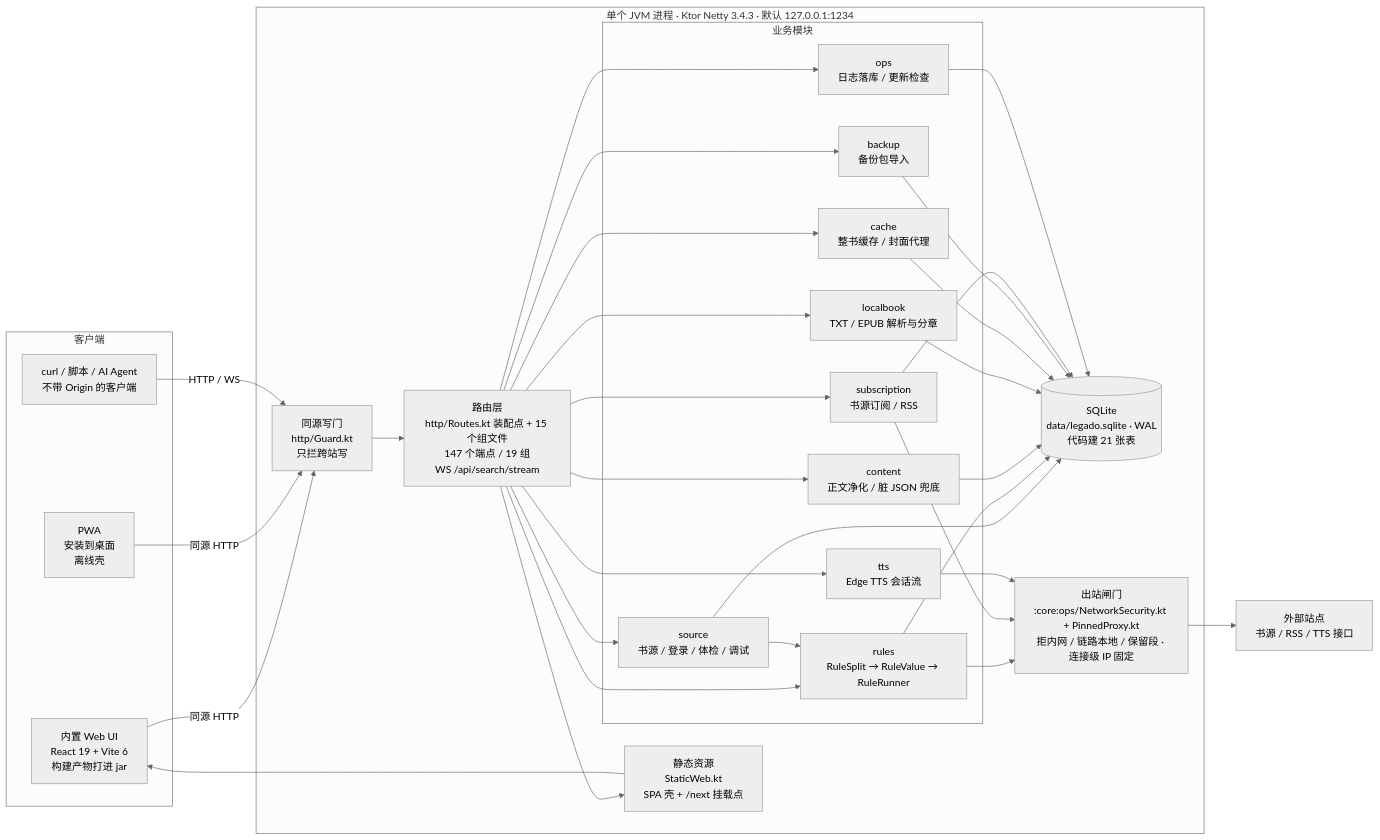
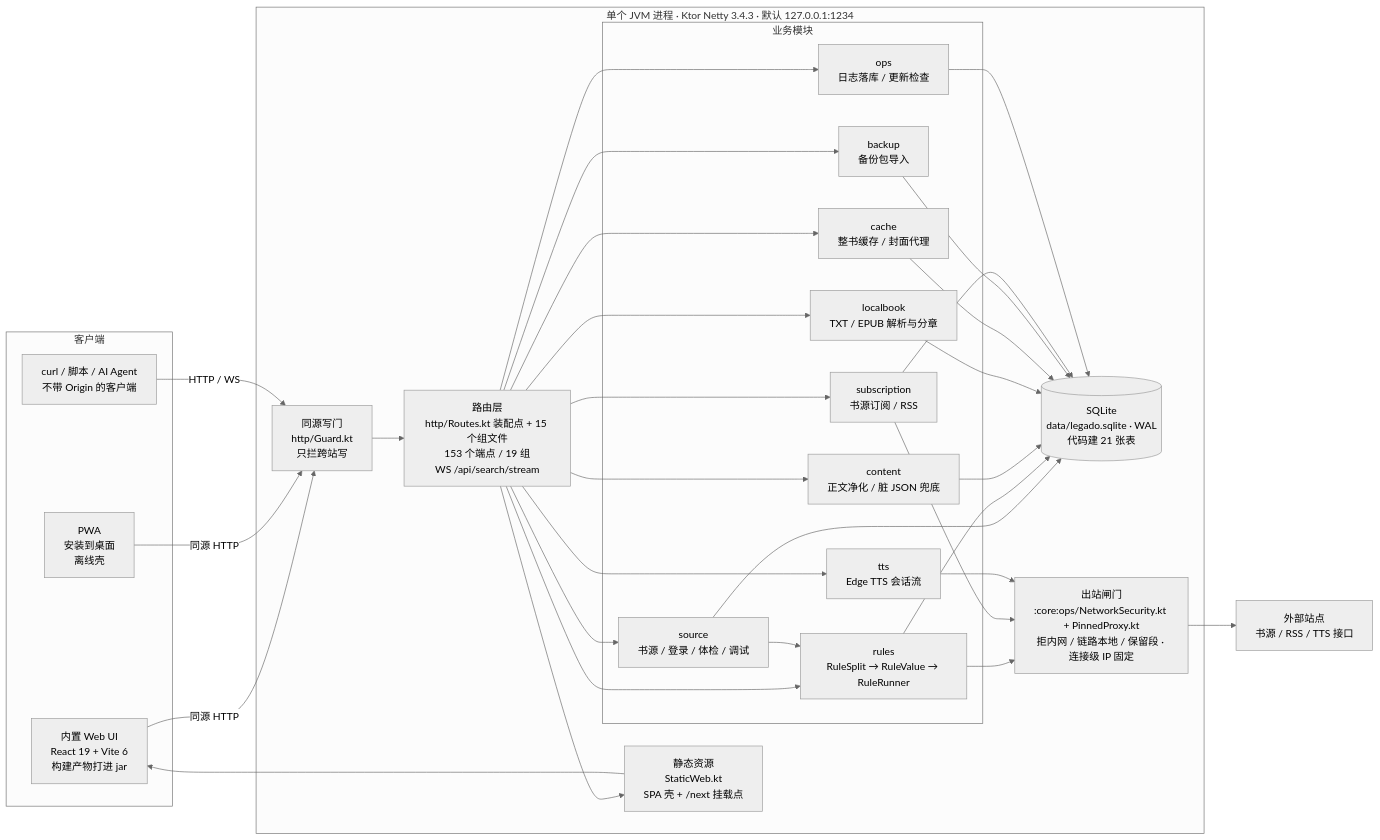
Before and after one commit to linqinqiu/legadoQ: the first of 6 diagrams in docs/ARCHITECTURE.md, drawn with Mermaid (neutral theme). The commit also changed other lines of this file and 15 other files, not shown here.

````diff
--- a/docs/ARCHITECTURE.md
+++ b/docs/ARCHITECTURE.md
@@ -12,63 +12,63 @@
 ```mermaid
 flowchart LR
     subgraph CLIENT["客户端"]
         UI["内置 Web UI<br/>React 19 + Vite 6<br/>构建产物打进 jar"]
         PWA["PWA<br/>安装到桌面<br/>离线壳"]
         CLI["curl / 脚本 / AI Agent<br/>不带 Origin 的客户端"]
     end
 
     subgraph PROC["单个 JVM 进程 · Ktor Netty 3.4.3 · 默认 127.0.0.1:1234"]
         GUARD["同源写门<br/>http/Guard.kt<br/>只拦跨站写"]
-        ROUTE["路由层<br/>http/Routes.kt 装配点 + 15 个组文件<br/>147 个端点 / 19 组<br/>WS /api/search/stream"]
+        ROUTE["路由层<br/>http/Routes.kt 装配点 + 15 个组文件<br/>153 个端点 / 19 组<br/>WS /api/search/stream"]
         STATIC["静态资源<br/>StaticWeb.kt<br/>SPA 壳 + /next 挂载点"]
 
         subgraph DOMAIN["业务模块"]
             SRC["source<br/>书源 / 登录 / 体检 / 调试"]
             RULE["rules<br/>RuleSplit → RuleValue → RuleRunner"]
             CONTENT["content<br/>正文净化 / 脏 JSON 兜底"]
             LOCAL["localbook<br/>TXT / EPUB 解析与分章"]
             CACHE["cache<br/>整书缓存 / 封面代理"]
             TTS["tts<br/>Edge TTS 会话流"]
             BACKUP["backup<br/>备份包导入"]
             SUB["subscription<br/>书源订阅 / RSS"]
             OPS["ops<br/>日志落库 / 更新检查"]
         end
 
         DB[("SQLite<br/>data/legado.sqlite · WAL<br/>代码建 21 张表")]
         NETSEC["出站闸门<br/>:core:ops/NetworkSecurity.kt + PinnedProxy.kt<br/>拒内网 / 链路本地 / 保留段 · 连接级 IP 固定"]
     end
 
     NET["外部站点<br/>书源 / RSS / TTS 接口"]
 
     UI -->|"同源 HTTP"| GUARD
     PWA -->|"同源 HTTP"| GUARD
     CLI -->|"HTTP / WS"| GUARD
     GUARD --> ROUTE
     ROUTE --> STATIC
     STATIC --> UI
 
     ROUTE --> SRC
     ROUTE --> RULE
     ROUTE --> CONTENT
     ROUTE --> LOCAL
     ROUTE --> CACHE
     ROUTE --> TTS
     ROUTE --> BACKUP
     ROUTE --> SUB
     ROUTE --> OPS
 
     SRC --> RULE
     RULE --> NETSEC
     NETSEC --> NET
     SUB --> NETSEC
     TTS --> NETSEC
 
     SRC --> DB
     RULE --> DB
     CONTENT --> DB
     LOCAL --> DB
     CACHE --> DB
     BACKUP --> DB
     SUB --> DB
     OPS --> DB
 ```
````
